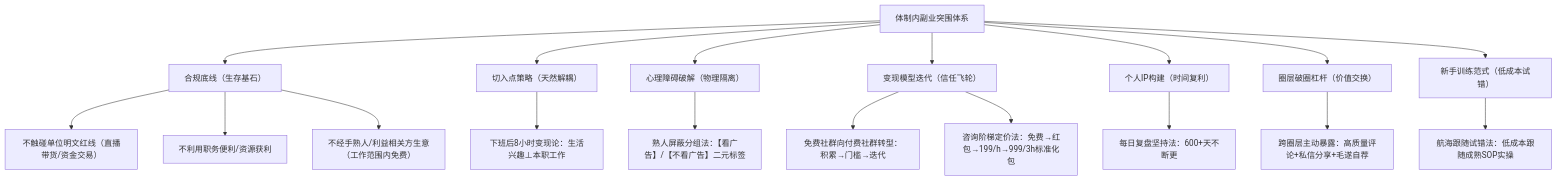
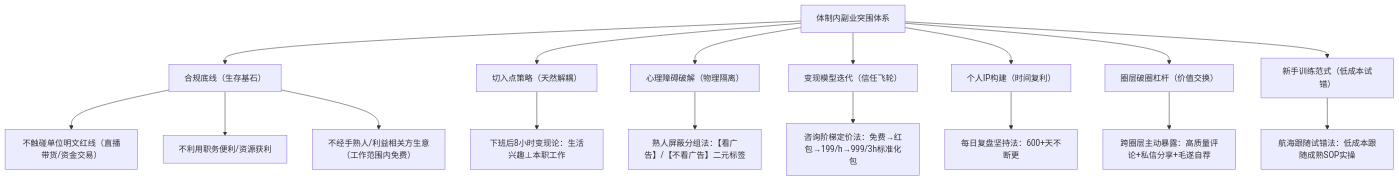
Before and after one commit to OpenDocCN1/flygon-zhuanqian-zhoubao: the diagram in docs/202303_paper2textbook/asset/body_fix_0aa3998825697023b5be50dfdaa188aa_58963f7037b01e40742ffe079282583b_e7a47b82f0ad4d990b64adfbd55aafae_8bb4d085b5742292b8574a833b5c7bdd.md, drawn with Mermaid. The commit also changed other lines of this file and 14991 other files, not shown here.

````diff
--- a/docs/202303_paper2textbook/asset/body_fix_0aa3998825697023b5be50dfdaa188aa_58963f7037b01e40742ffe079282583b_e7a47b82f0ad4d990b64adfbd55aafae_8bb4d085b5742292b8574a833b5c7bdd.md
+++ b/docs/202303_paper2textbook/asset/body_fix_0aa3998825697023b5be50dfdaa188aa_58963f7037b01e40742ffe079282583b_e7a47b82f0ad4d990b64adfbd55aafae_8bb4d085b5742292b8574a833b5c7bdd.md
@@ -22,27 +21,26 @@
 ```mermaid
 graph TD
     A[体制内副业突围体系] --> B[合规底线（生存基石）]
     A --> C[切入点策略（天然解耦）]
     A --> D[心理障碍破解（物理隔离）]
     A --> E[变现模型迭代（信任飞轮）]
     A --> F[个人IP构建（时间复利）]
     A --> G[圈层破圈杠杆（价值交换）]
     A --> H[新手训练范式（低成本试错）]
     
     B --> B1[不触碰单位明文红线（直播带货/资金交易）]
     B --> B2[不利用职务便利/资源获利]
     B --> B3[不经手熟人/利益相关方生意（工作范围内免费）]
     
     C --> C1[下班后8小时变现论：生活兴趣⊥本职工作]
     
     D --> D1[熟人屏蔽分组法：【看广告】/【不看广告】二元标签]
     
-    E --> E1[免费社群向付费社群转型：积累→门槛→迭代]
     E --> E2[咨询阶梯定价法：免费→红包→199/h→999/3h标准化包]
     
     F --> F1[每日复盘坚持法：600+天不断更]
     
     G --> G1[跨圈层主动暴露：高质量评论+私信分享+毛遂自荐]
     
     H --> H1[航海跟随试错法：低成本跟随成熟SOP实操]
 ```
````
